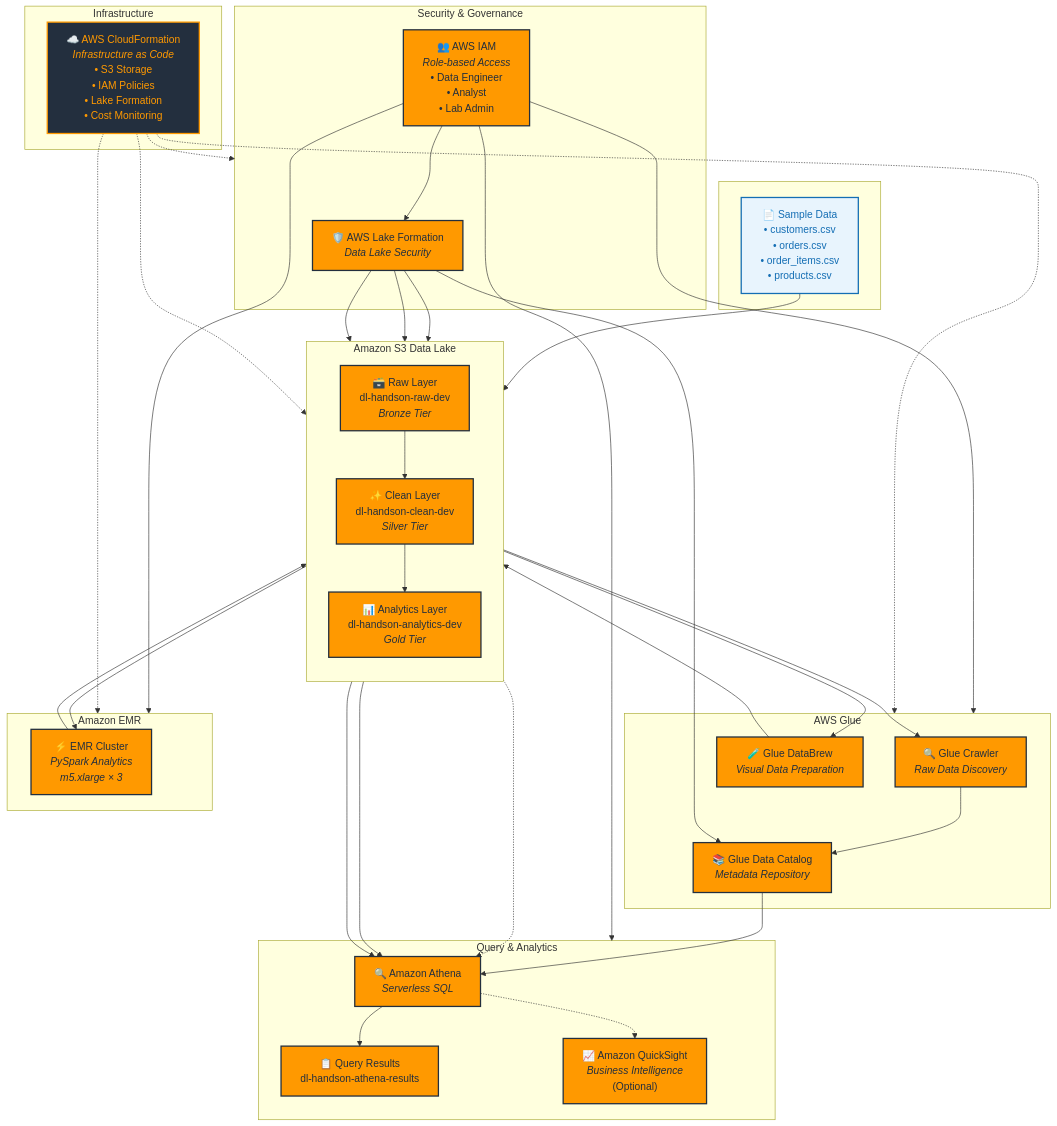
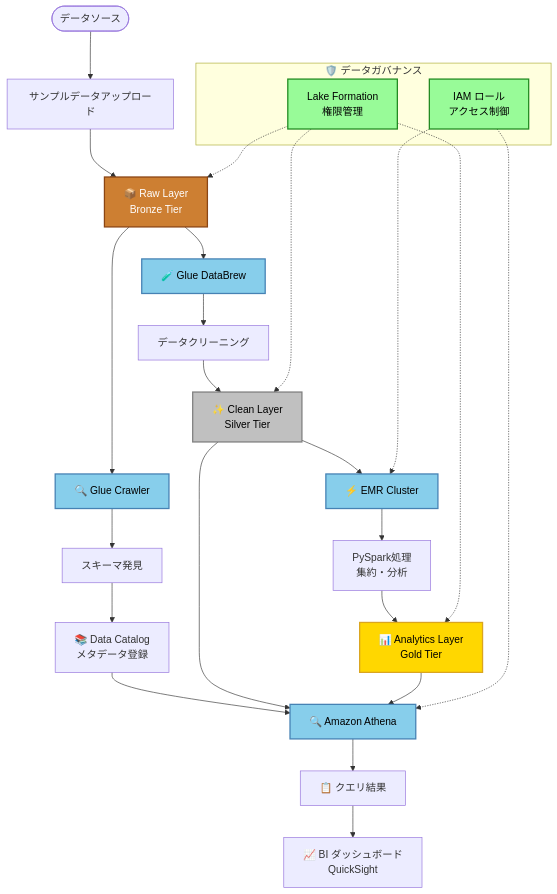
The second of 2 diagrams in datalake/README.md (yincma/AWS-Handson-Datalake), drawn with Mermaid before and after one commit. The commit also changed other lines of this file, not shown here.

````diff
--- a/datalake/README.md
+++ b/datalake/README.md
@@ -19,98 +42,55 @@
 ```mermaid
-graph TB
+flowchart TD
     %% Data Sources
-    subgraph DataSources[" "]
-        SD["📄 Sample Data<br/>• customers.csv<br/>• orders.csv<br/>• order_items.csv<br/>• products.csv"]
+    Start([データソース]) --> Upload[サンプルデータアップロード]
+    Upload --> RawBucket[📦 Raw Layer<br/>Bronze Tier]
+
+    %% Discovery Phase
+    RawBucket --> Crawler[🔍 Glue Crawler]
+    Crawler --> Schema[スキーマ発見]
+    Schema --> Catalog[📚 Data Catalog<br/>メタデータ登録]
+
+    %% Cleaning Phase  
+    RawBucket --> DataBrew[🧪 Glue DataBrew]
+    DataBrew --> Clean[データクリーニング]
+    Clean --> CleanBucket[✨ Clean Layer<br/>Silver Tier]
+
+    %% Analytics Phase
+    CleanBucket --> EMR[⚡ EMR Cluster]
+    EMR --> Process[PySpark処理<br/>集約・分析]
+    Process --> AnalyticsBucket[📊 Analytics Layer<br/>Gold Tier]
+
+    %% Query Phase
+    Catalog --> Athena[🔍 Amazon Athena]
+    CleanBucket --> Athena
+    AnalyticsBucket --> Athena
+    Athena --> Results[📋 クエリ結果]
+    
+    %% Business Intelligence
+    Results --> BI[📈 BI ダッシュボード<br/>QuickSight]
+
+    %% Governance Layer
+    subgraph Governance[🛡️ データガバナンス]
+        LakeFormation[Lake Formation<br/>権限管理]
+        IAM[IAM ロール<br/>アクセス制御]
     end
+    
+    LakeFormation -.-> RawBucket
+    LakeFormation -.-> CleanBucket  
+    LakeFormation -.-> AnalyticsBucket
+    IAM -.-> EMR
+    IAM -.-> Athena
 
-    %% Data Lake Storage Layers
-    subgraph DataLake["Amazon S3 Data Lake"]
-        direction TB
-        Raw["🗃️ Raw Layer<br/>dl-handson-raw-dev<br/><i>Bronze Tier</i>"]
-        Clean["✨ Clean Layer<br/>dl-handson-clean-dev<br/><i>Silver Tier</i>"]
-        Analytics["📊 Analytics Layer<br/>dl-handson-analytics-dev<br/><i>Gold Tier</i>"]
-        
-        Raw --> Clean
-        Clean --> Analytics
-    end
+    %% Processing Phases
+    classDef bronze fill:#CD7F32,stroke:#8B4513,stroke-width:2px,color:white
+    classDef silver fill:#C0C0C0,stroke:#808080,stroke-width:2px,color:#000
+    classDef gold fill:#FFD700,stroke:#DAA520,stroke-width:2px,color:#000
+    classDef process fill:#87CEEB,stroke:#4682B4,stroke-width:2px,color:#000
+    classDef governance fill:#98FB98,stroke:#228B22,stroke-width:2px,color:#000
 
-    %% Processing & ETL Services
-    subgraph AWSGlue["AWS Glue"]
-        Crawler1["🔍 Glue Crawler<br/><i>Raw Data Discovery</i>"]
-        DataBrew["🧪 Glue DataBrew<br/><i>Visual Data Preparation</i>"]
-        Catalog["📚 Glue Data Catalog<br/><i>Metadata Repository</i>"]
-    end
-
-    subgraph EMR["Amazon EMR"]
-        EMRCluster["⚡ EMR Cluster<br/><i>PySpark Analytics<br/>m5.xlarge × 3</i>"]
-    end
-
-    %% Analytics & Query Services
-    subgraph QueryServices["Query & Analytics"]
-        Athena["🔍 Amazon Athena<br/><i>Serverless SQL</i>"]
-        AthenaResults["📋 Query Results<br/>dl-handson-athena-results"]
-        QuickSight["📈 Amazon QuickSight<br/><i>Business Intelligence</i><br/>(Optional)"]
-    end
-
-    %% Security & Governance
-    subgraph Security["Security & Governance"]
-        LakeFormation["🛡️ AWS Lake Formation<br/><i>Data Lake Security</i>"]
-        IAM["👥 AWS IAM<br/><i>Role-based Access</i><br/>• Data Engineer<br/>• Analyst<br/>• Lab Admin"]
-    end
-
-    %% Infrastructure as Code
-    subgraph IaC["Infrastructure"]
-        CloudFormation["☁️ AWS CloudFormation<br/><i>Infrastructure as Code</i><br/>• S3 Storage<br/>• IAM Policies<br/>• Lake Formation<br/>• Cost Monitoring"]
-    end
-
-    %% Data Flow Connections
-    SD --> Raw
-    Raw --> Crawler1
-    Raw --> DataBrew
-    Crawler1 --> Catalog
-    DataBrew --> Clean
-    Clean --> EMRCluster
-    EMRCluster --> Analytics
-    
-    %% Query Connections
-    Catalog --> Athena
-    Raw -.-> Athena
-    Clean --> Athena
-    Analytics --> Athena
-    Athena --> AthenaResults
-    Athena -.-> QuickSight
-
-    %% Governance Connections
-    LakeFormation --> Catalog
-    LakeFormation --> Raw
-    LakeFormation --> Clean
-    LakeFormation --> Analytics
-    IAM --> LakeFormation
-    IAM --> AWSGlue
-    IAM --> EMR
-    IAM --> QueryServices
-
-    %% Infrastructure Connections
-    CloudFormation -.-> DataLake
-    CloudFormation -.-> Security
-    CloudFormation -.-> AWSGlue
-    CloudFormation -.-> EMR
-
-    %% AWS Official Color Scheme
-    classDef s3 fill:#FF9900,stroke:#232F3E,stroke-width:2px,color:#232F3E
-    classDef glue fill:#FF9900,stroke:#232F3E,stroke-width:2px,color:#232F3E
-    classDef emr fill:#FF9900,stroke:#232F3E,stroke-width:2px,color:#232F3E
-    classDef analytics fill:#FF9900,stroke:#232F3E,stroke-width:2px,color:#232F3E
-    classDef security fill:#FF9900,stroke:#232F3E,stroke-width:2px,color:#232F3E
-    classDef infra fill:#232F3E,stroke:#FF9900,stroke-width:2px,color:#FF9900
-    classDef data fill:#E8F4FD,stroke:#146EB4,stroke-width:2px,color:#146EB4
-
-    %% Apply Styles
-    class Raw,Clean,Analytics,AthenaResults s3
-    class Crawler1,DataBrew,Catalog glue
-    class EMRCluster emr
-    class Athena,QuickSight analytics
-    class LakeFormation,IAM security
-    class CloudFormation infra
-    class SD data
+    class RawBucket bronze
+    class CleanBucket silver
+    class AnalyticsBucket gold
+    class Crawler,DataBrew,EMR,Athena process
+    class LakeFormation,IAM governance
 ```
````
